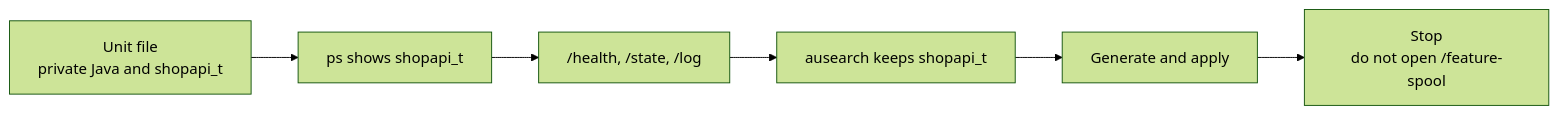
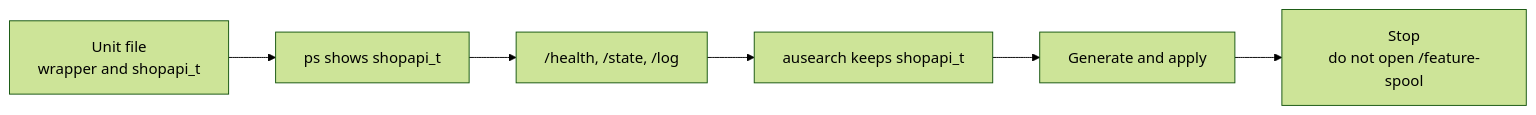
One commit to anurag-saran/selinux-pac changed the fifth of 5 diagrams in docs/demo/202-DEMO_GUIDE.md. Above: the diagram before and after it, drawn with Mermaid (forest theme). The commit also changed other lines of this file and 19 other files, not shown here.

First line of the commit message:
Start shopapi from a wrapper around the system Java.

````diff
--- a/docs/demo/202-DEMO_GUIDE.md
+++ b/docs/demo/202-DEMO_GUIDE.md
@@ -281,8 +281,8 @@
 ```mermaid
 flowchart LR
-  unit["Unit file<br/>private Java and shopapi_t"] --> ps["ps shows shopapi_t"]
+  unit["Unit file<br/>wrapper and shopapi_t"] --> ps["ps shows shopapi_t"]
   ps --> curls["/health, /state, /log"]
   curls --> log["ausearch keeps shopapi_t"]
   log --> gen["Generate and apply"]
   gen --> stop["Stop<br/>do not open /feature-spool"]
 ```
````
